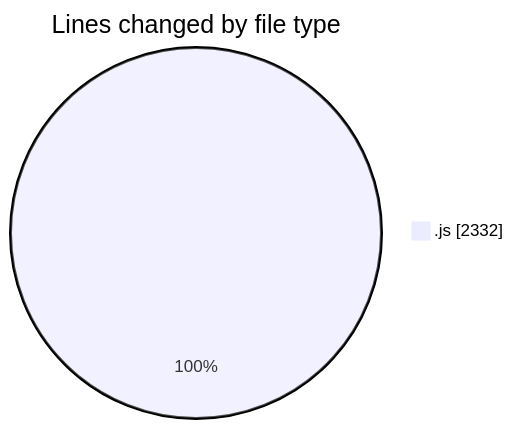
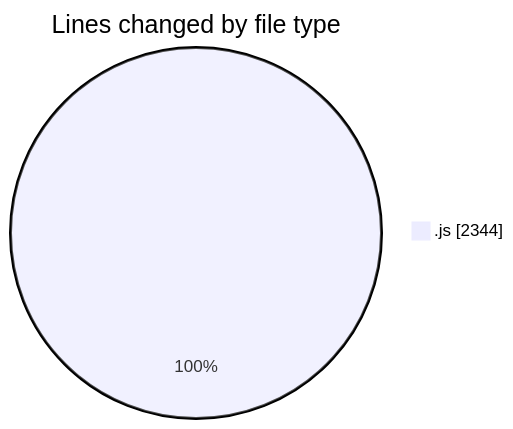
One commit to nxtqubesakshisongat/code-tracking changed the first of 2 diagrams in 2025-12-12/nxtqube_webapp/README.md. Above: the diagram before and after it, drawn with Mermaid. The commit also changed other lines of this file and 1 other file, not shown here.

````diff
--- a/2025-12-12/nxtqube_webapp/README.md
+++ b/2025-12-12/nxtqube_webapp/README.md
@@ -20,5 +20,5 @@
 ```mermaid
 pie showData
 title Lines changed by file type
-".js" : 2332
+".js" : 2344
 ```
````
